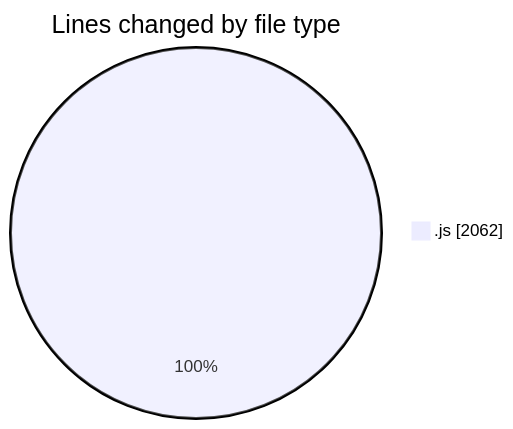
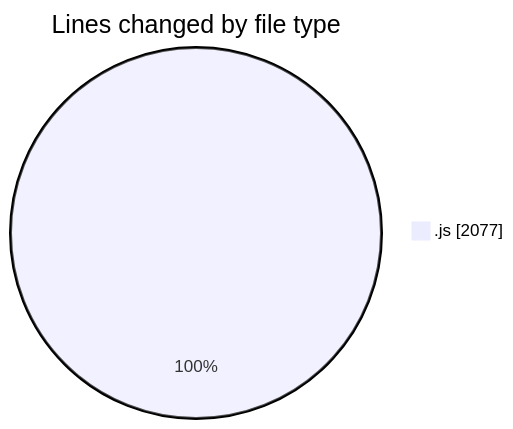
Before and after one commit to Ritupan-Deka/code-tracking: the first of 2 diagrams in 2025-08-04/javascript/README.md, drawn with Mermaid. The commit also changed other lines of this file and 1 other file, not shown here.

````diff
--- a/2025-08-04/javascript/README.md
+++ b/2025-08-04/javascript/README.md
@@ -23,5 +23,5 @@
 ```mermaid
 pie showData
 title Lines changed by file type
-".js" : 2062
+".js" : 2077
 ```
````
